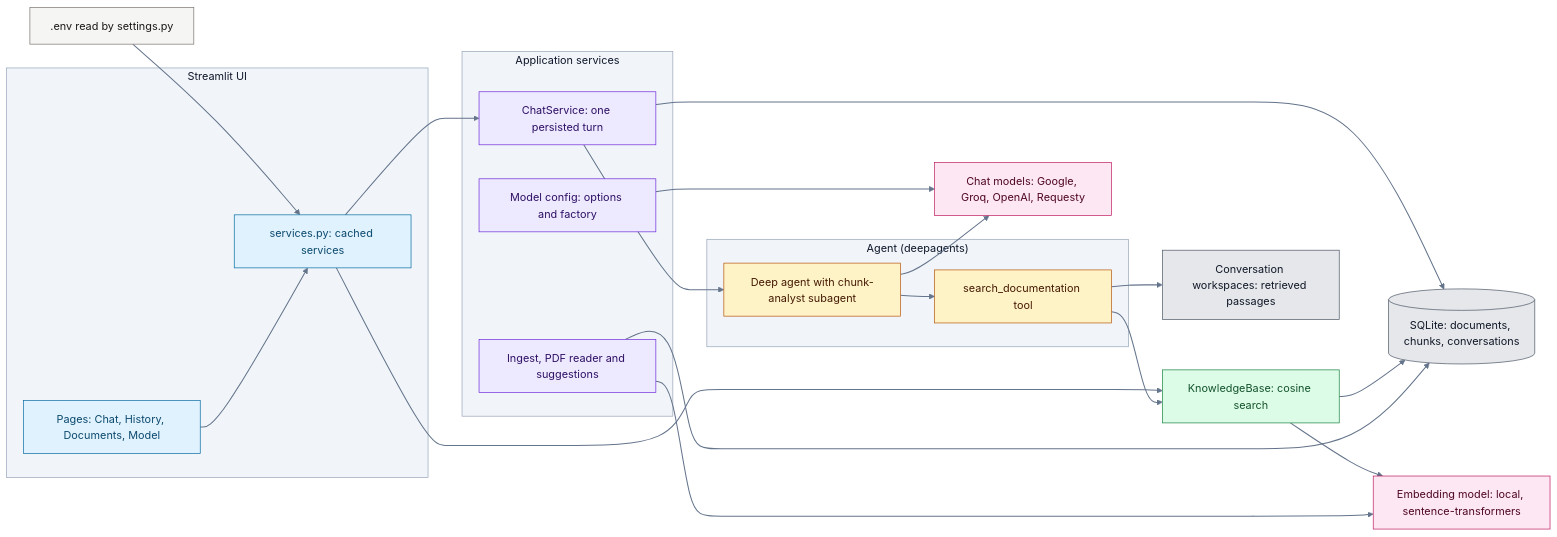
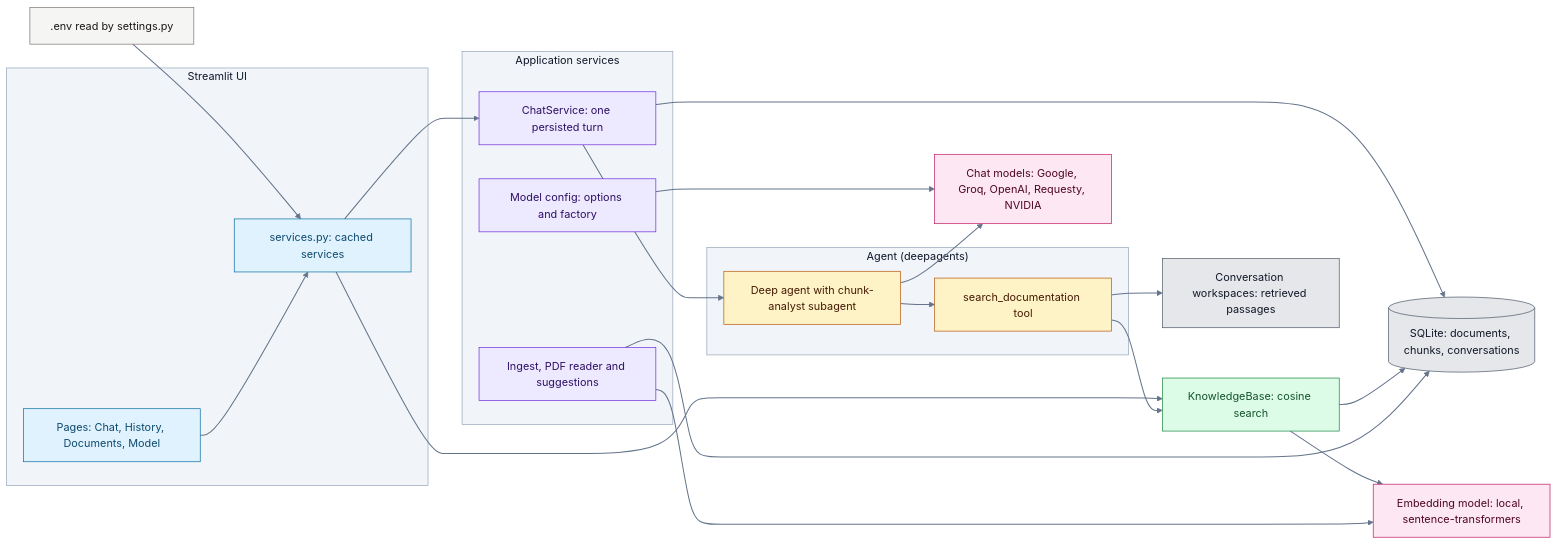
One commit to vidhaata-labs/lang-rag-assistant changed the first of 2 diagrams in README.md. Above: the diagram before and after it, drawn with Mermaid (base theme). The commit also changed other lines of this file and 7 other files, not shown here.

First line of the commit message:
feat: add NVIDIA as a chat model provider

````diff
--- a/README.md
+++ b/README.md
@@ -54,61 +54,61 @@
 ```mermaid
 flowchart LR
     subgraph UI["Streamlit UI"]
         PAGES["Pages: Chat, History, Documents, Model"]
         SVC["services.py: cached services"]
     end
 
     subgraph APP["Application services"]
         CS["ChatService: one persisted turn"]
         ING["Ingest, PDF reader and suggestions"]
         MC["Model config: options and factory"]
     end
 
     subgraph AGENT["Agent (deepagents)"]
         AG["Deep agent with chunk-analyst subagent"]
         TOOL["search_documentation tool"]
     end
 
     KB["KnowledgeBase: cosine search"]
     DB[("SQLite: documents, chunks, conversations")]
     WS["Conversation workspaces: retrieved passages"]
-    LLM["Chat models: Google, Groq, OpenAI, Requesty"]
+    LLM["Chat models: Google, Groq, OpenAI, Requesty, NVIDIA"]
     EMB["Embedding model: local, sentence-transformers"]
     CFG[".env read by settings.py"]
 
     CFG --> SVC
     PAGES --> SVC
     SVC --> CS
     SVC --> KB
     CS --> AG
     CS --> DB
     AG --> TOOL
     AG --> LLM
     TOOL --> KB
     TOOL --> WS
     KB --> DB
     KB --> EMB
     ING --> EMB
     ING --> DB
     MC --> LLM
 
     linkStyle default stroke:#64748B,stroke-width:1.5px
 
     classDef ui fill:#E0F2FE,stroke:#0369A1,color:#0C4A6E
     classDef app fill:#EDE9FE,stroke:#6D28D9,color:#2E1065
     classDef agent fill:#FEF3C7,stroke:#B45309,color:#451A03
     classDef ret fill:#DCFCE7,stroke:#15803D,color:#14532D
     classDef store fill:#E5E7EB,stroke:#4B5563,color:#111827
     classDef ext fill:#FCE7F3,stroke:#BE185D,color:#500724
     classDef cfg fill:#F5F5F4,stroke:#78716C,color:#1C1917
     class PAGES,SVC ui
     class CS,ING,MC app
     class AG,TOOL agent
     class KB ret
     class DB,WS store
     class LLM,EMB ext
     class CFG cfg
     style UI fill:#F1F5F9,stroke:#94A3B8,color:#0F172A
     style APP fill:#F1F5F9,stroke:#94A3B8,color:#0F172A
     style AGENT fill:#F1F5F9,stroke:#94A3B8,color:#0F172A
 ```
````
